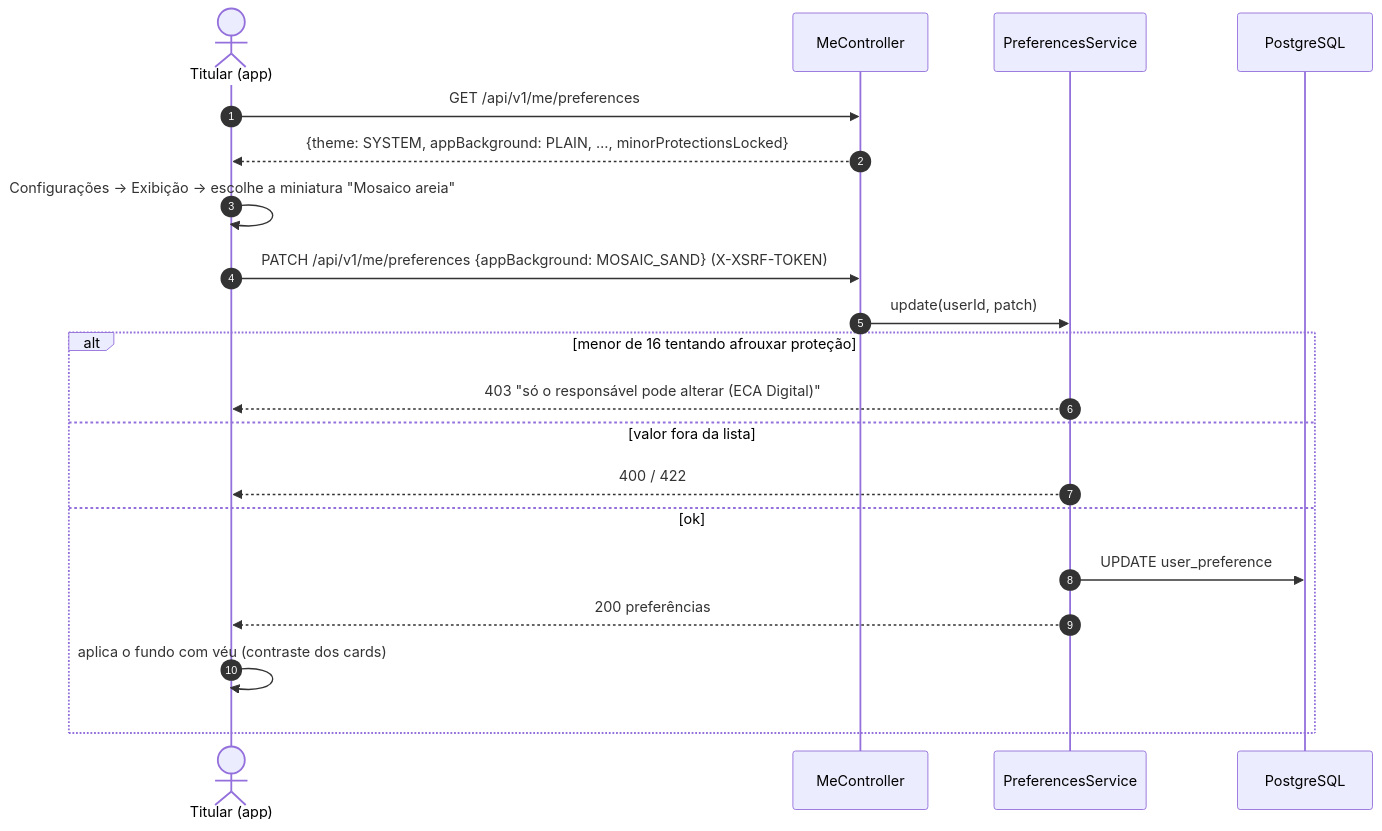
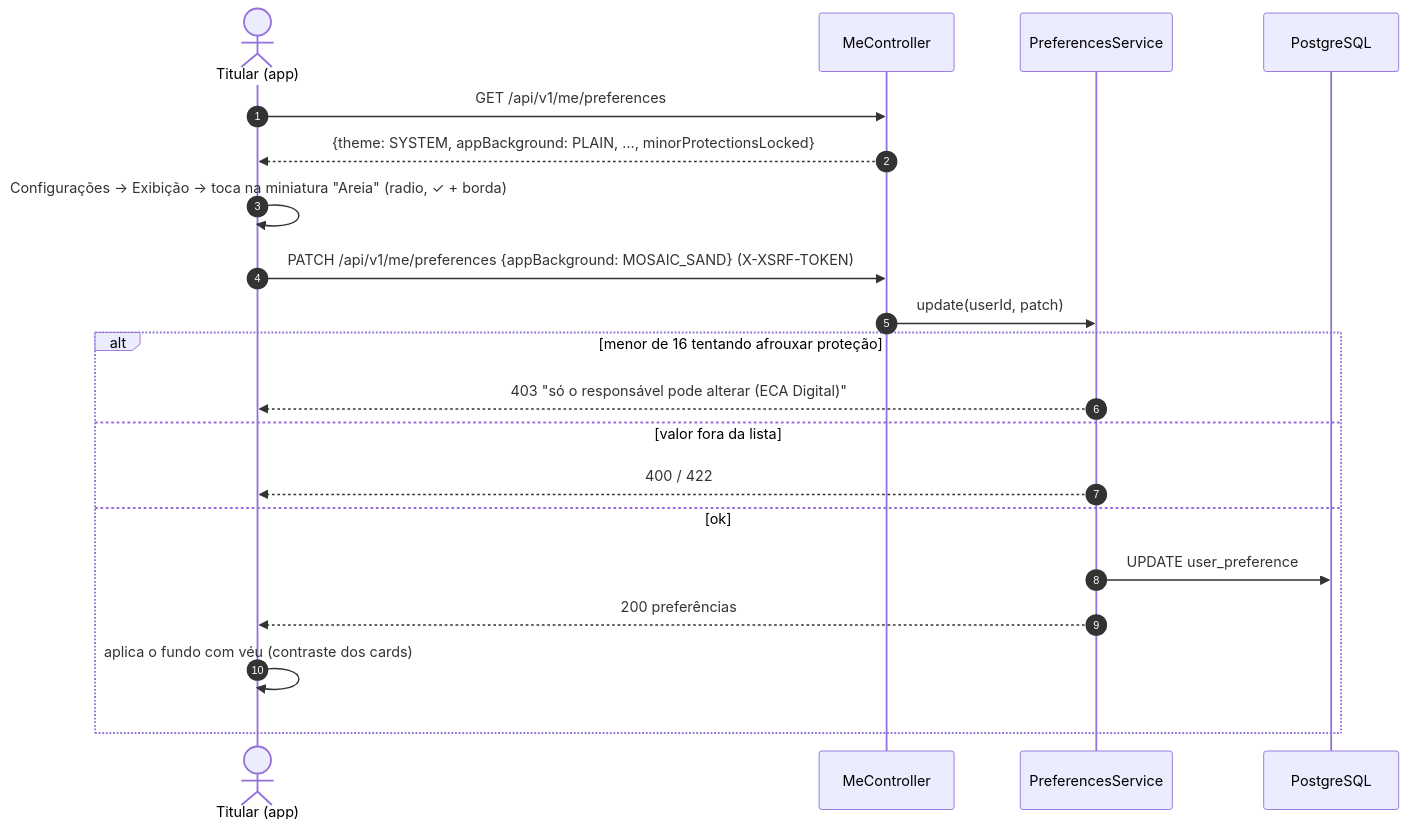
The first of 2 diagrams in docs/rf/RF02-editar-perfil.md (MatheusHaliski/orange_social_velion), drawn with Mermaid before and after one commit. The commit also changed other lines of this file and 22 other files, not shown here.

````diff
--- a/docs/rf/RF02-editar-perfil.md
+++ b/docs/rf/RF02-editar-perfil.md
@@ -58,23 +58,23 @@
 ```mermaid
 sequenceDiagram
     autonumber
     actor T as Titular (app)
     participant API as MeController
     participant S as PreferencesService
     participant DB as PostgreSQL
 
     T->>API: GET /api/v1/me/preferences
     API-->>T: {theme: SYSTEM, appBackground: PLAIN, …, minorProtectionsLocked}
-    T->>T: Configurações → Exibição → escolhe a miniatura "Mosaico areia"
+    T->>T: Configurações → Exibição → toca na miniatura "Areia" (radio, ✓ + borda)
     T->>API: PATCH /api/v1/me/preferences {appBackground: MOSAIC_SAND} (X-XSRF-TOKEN)
     API->>S: update(userId, patch)
     alt menor de 16 tentando afrouxar proteção
         S-->>T: 403 "só o responsável pode alterar (ECA Digital)"
     else valor fora da lista
         S-->>T: 400 / 422
     else ok
         S->>DB: UPDATE user_preference
         S-->>T: 200 preferências
         T->>T: aplica o fundo com véu (contraste dos cards)
     end
 ```
````
